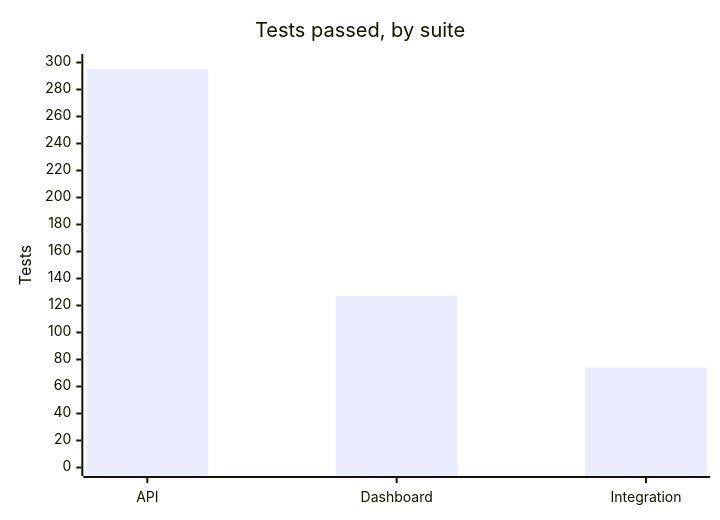
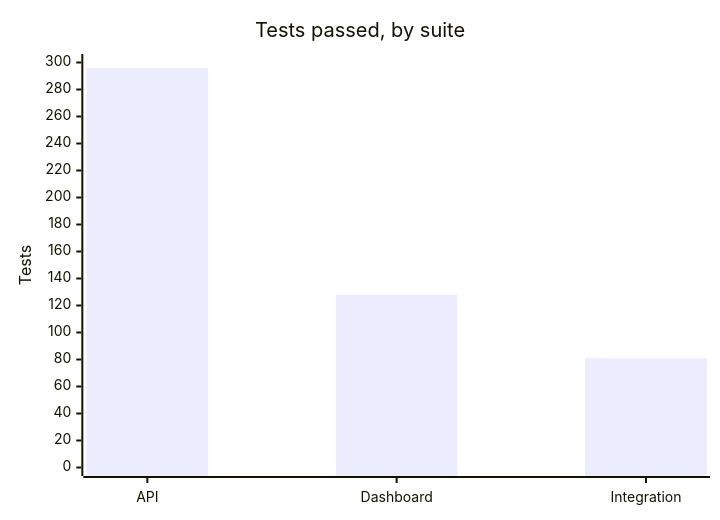
The third of 4 diagrams in README.md (M4xP4s/bouncer-dashboard), drawn with Mermaid before and after one commit. The commit also changed other lines of this file and 10 other files, not shown here.

````diff
--- a/README.md
+++ b/README.md
@@ -214,7 +216,7 @@
 ```mermaid
 xychart-beta
     title "Tests passed, by suite"
     x-axis ["API", "Dashboard", "Integration"]
     y-axis "Tests" 0 --> 300
-    bar [295, 127, 74]
+    bar [296, 128, 81]
 ```
````
